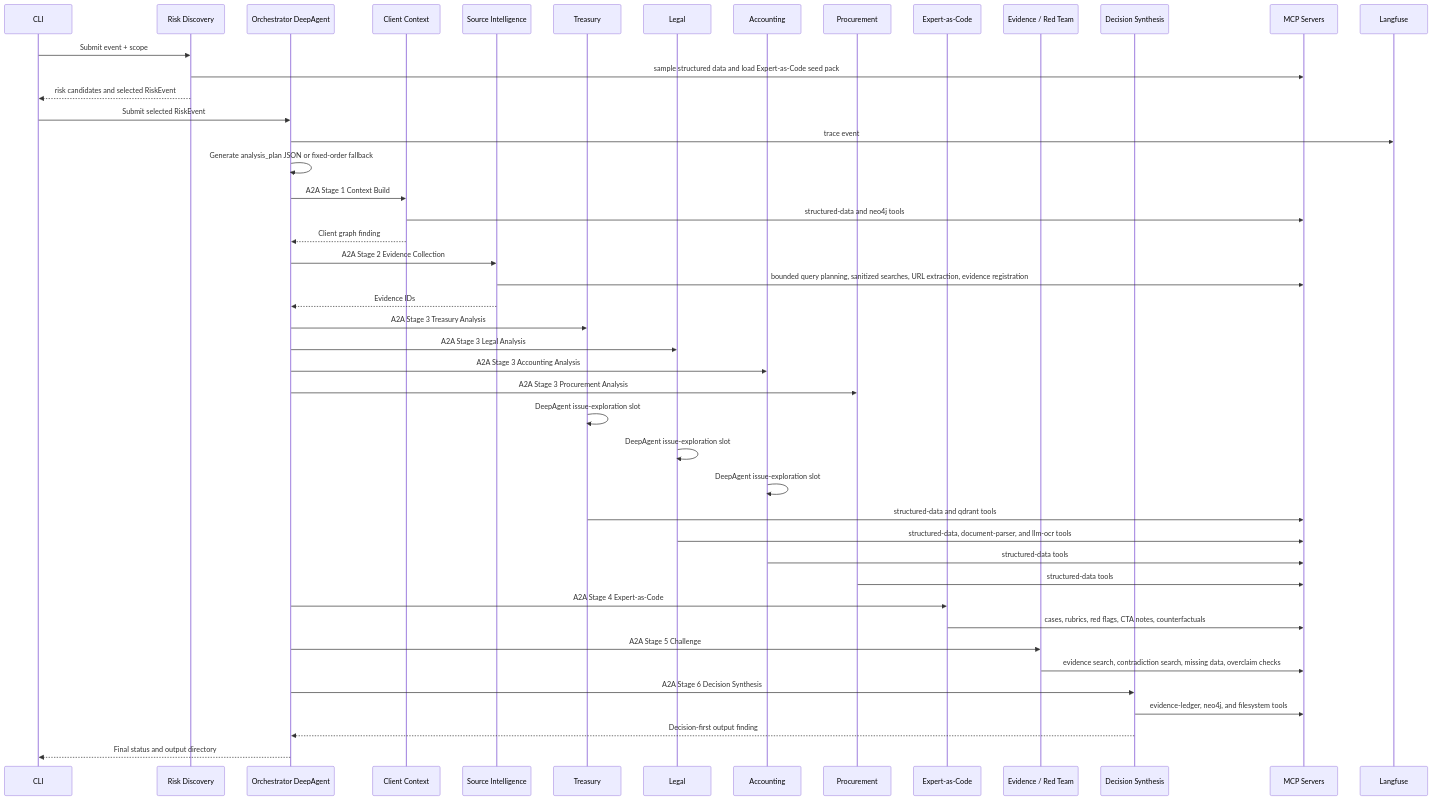
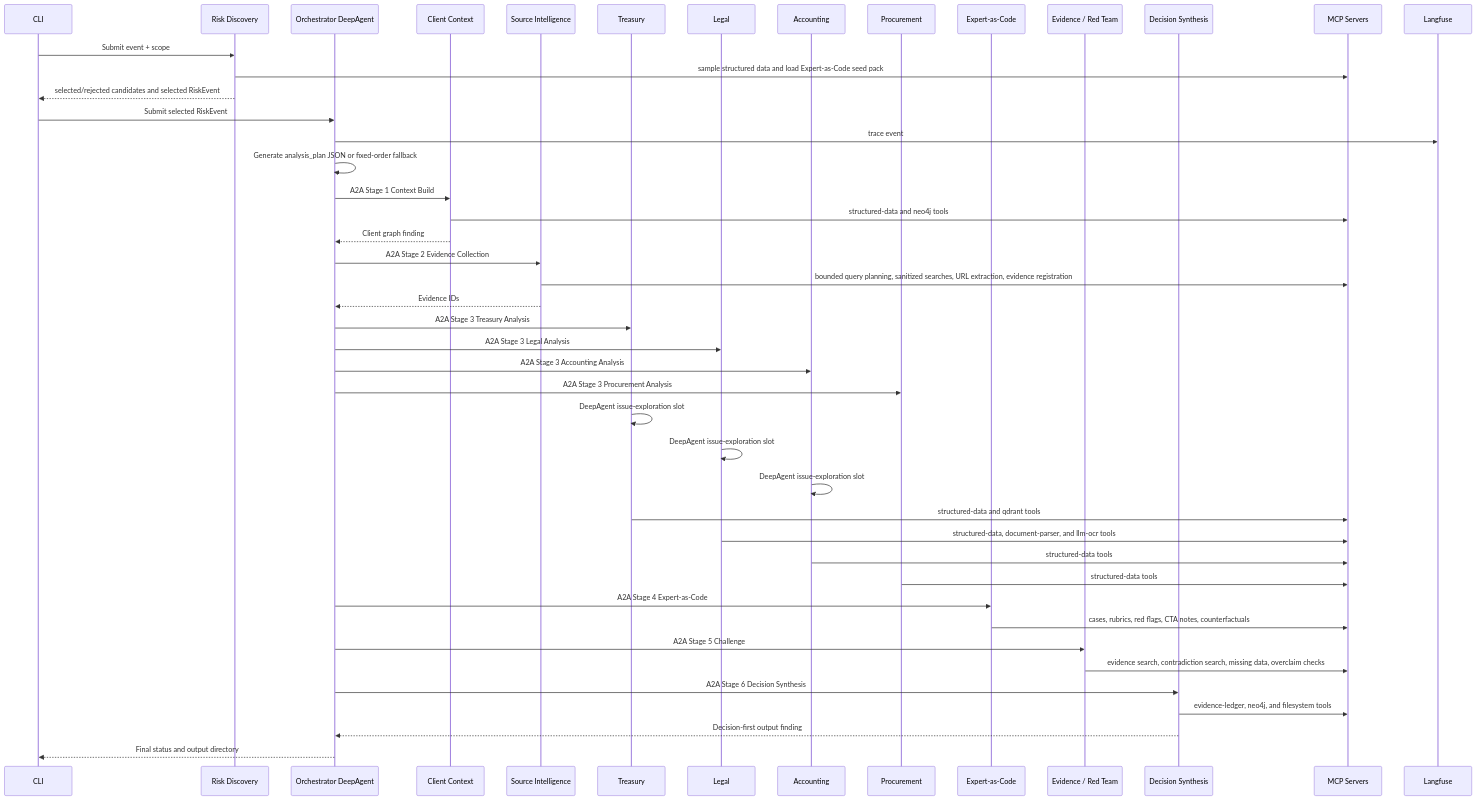
Before and after one commit to yujihama/RiskAdvisory_Intelligence_Platform: the third of 4 diagrams in docs/architecture_diagrams.md, drawn with Mermaid. The commit also changed 10 other files, not shown here.

````diff
--- a/docs/architecture_diagrams.md
+++ b/docs/architecture_diagrams.md
@@ -189,49 +189,49 @@
 ```mermaid
 sequenceDiagram
     participant CLI as CLI
     participant RD as Risk Discovery
     participant O as Orchestrator DeepAgent
     participant C as Client Context
     participant S as Source Intelligence
     participant T as Treasury
     participant L as Legal
     participant A as Accounting
     participant P as Procurement
     participant E as Expert-as-Code
     participant R as Evidence / Red Team
     participant D as Decision Synthesis
     participant M as MCP Servers
     participant LF as Langfuse
 
     CLI->>RD: Submit event + scope
     RD->>M: sample structured data and load Expert-as-Code seed pack
-    RD-->>CLI: risk candidates and selected RiskEvent
+    RD-->>CLI: selected/rejected candidates and selected RiskEvent
     CLI->>O: Submit selected RiskEvent
     O->>LF: trace event
     O->>O: Generate analysis_plan JSON or fixed-order fallback
     O->>C: A2A Stage 1 Context Build
     C->>M: structured-data and neo4j tools
     C-->>O: Client graph finding
     O->>S: A2A Stage 2 Evidence Collection
     S->>M: bounded query planning, sanitized searches, URL extraction, evidence registration
     S-->>O: Evidence IDs
     O->>T: A2A Stage 3 Treasury Analysis
     O->>L: A2A Stage 3 Legal Analysis
     O->>A: A2A Stage 3 Accounting Analysis
     O->>P: A2A Stage 3 Procurement Analysis
     T->>T: DeepAgent issue-exploration slot
     L->>L: DeepAgent issue-exploration slot
     A->>A: DeepAgent issue-exploration slot
     T->>M: structured-data and qdrant tools
     L->>M: structured-data, document-parser, and llm-ocr tools
     A->>M: structured-data tools
     P->>M: structured-data tools
     O->>E: A2A Stage 4 Expert-as-Code
     E->>M: cases, rubrics, red flags, CTA notes, counterfactuals
     O->>R: A2A Stage 5 Challenge
     R->>M: evidence search, contradiction search, missing data, overclaim checks
     O->>D: A2A Stage 6 Decision Synthesis
     D->>M: evidence-ledger, neo4j, and filesystem tools
     D-->>O: Decision-first output finding
     O-->>CLI: Final status and output directory
 ```
````
